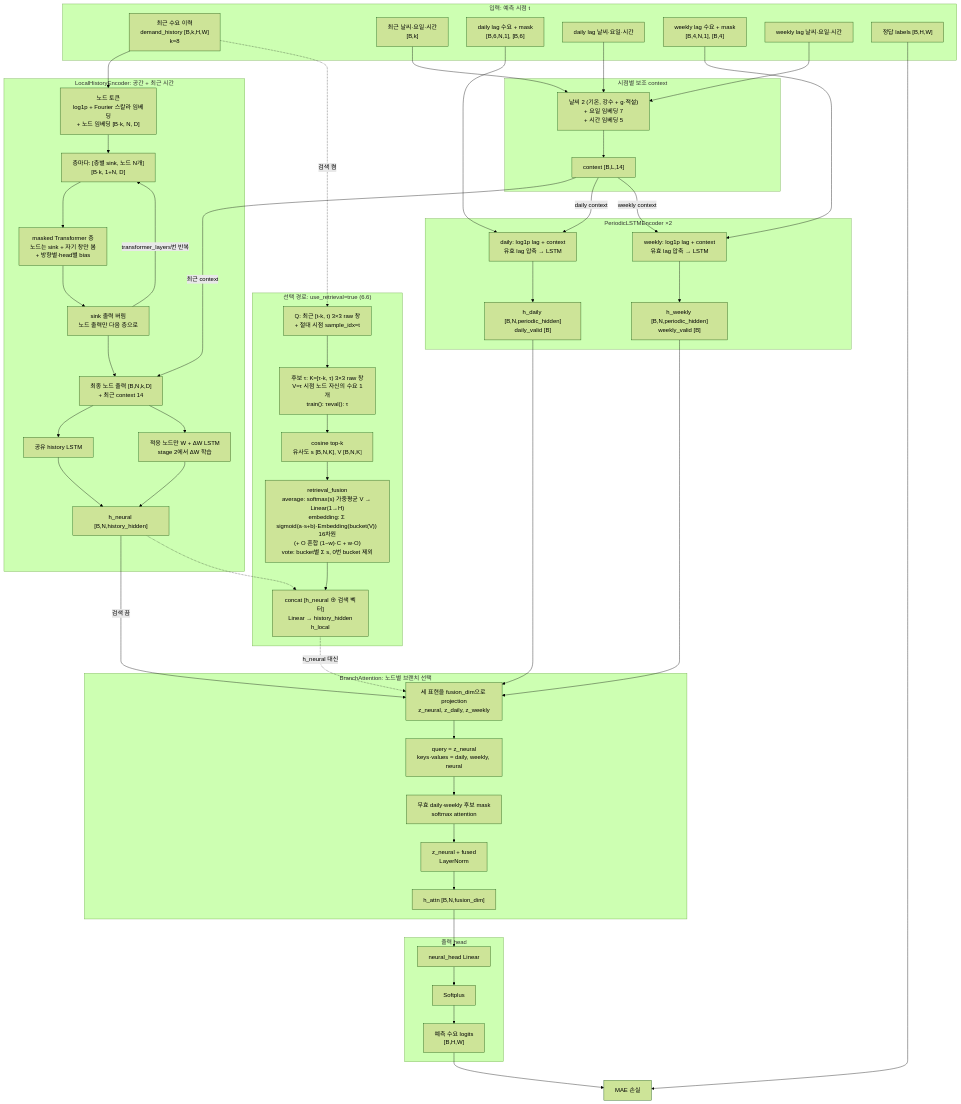
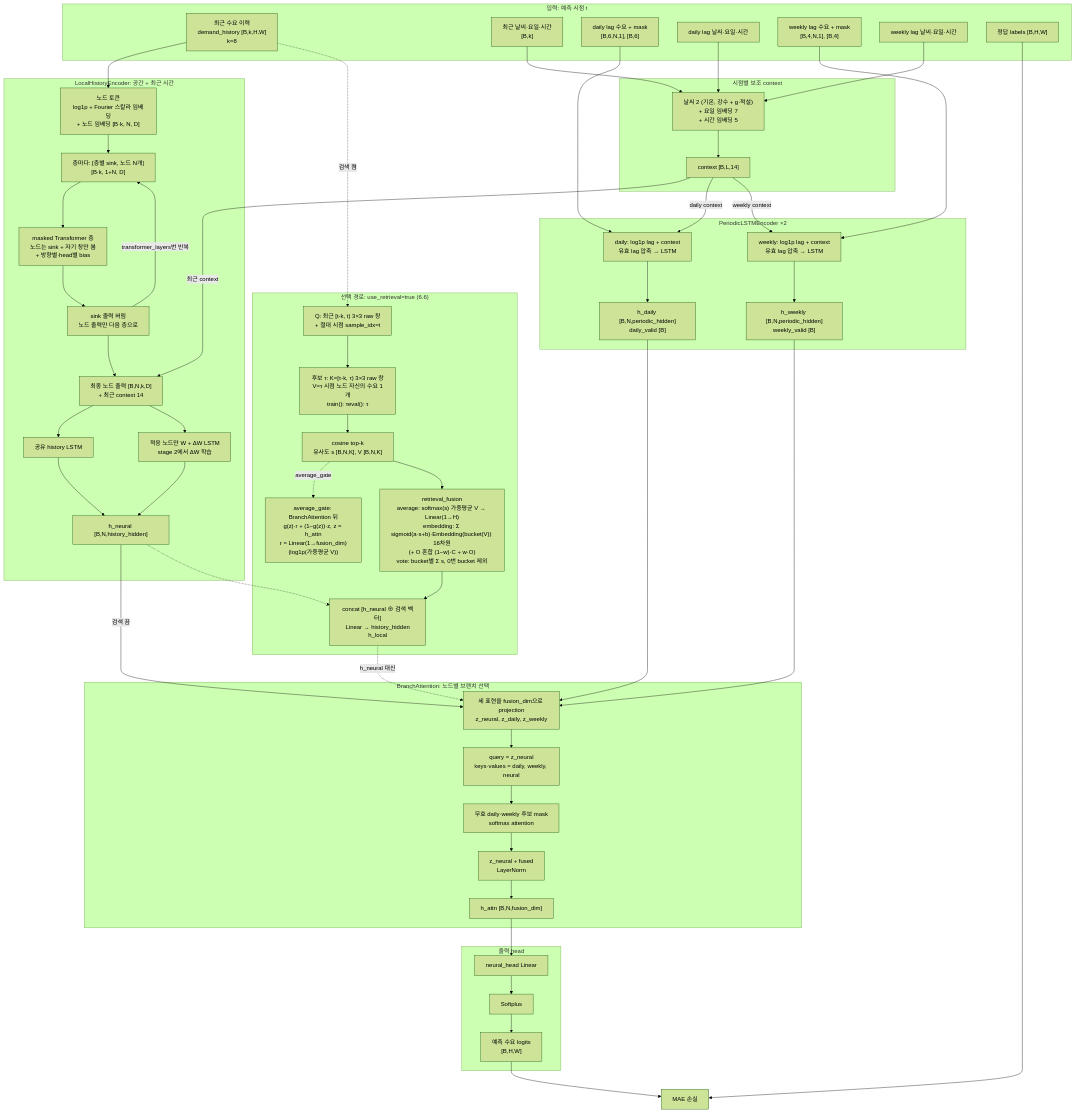
The diagram in docs/SPEC.md (dev-jake-kim/demandprediction), drawn with Mermaid (forest theme) before and after one commit. The commit also changed other lines of this file and 7 other files, not shown here.

Commit message:
Retrieval: average_gate fusion after branch attention (g(z)*r + (1-g(z))*z) and Gaussian center-weighted cosine (retrieval_spatial_sigma)

```diff
--- a/docs/SPEC.md
+++ b/docs/SPEC.md
@@ -111,6 +111,8 @@
         R3["cosine top-k<br/>유사도 s [B,N,K], V [B,N,K]"]
         R4["retrieval_fusion<br/>average: softmax(s) 가중평균 V → Linear(1→H)<br/>embedding: Σ sigmoid(a·s+b)·Embedding(bucket(V)) 16차원<br/>(+ O 혼합 (1−w)·C + w·O)<br/>vote: bucket별 Σ s, 0번 bucket 제외"]
         R5["concat [h_neural ⊕ 검색 벡터]<br/>Linear → history_hidden<br/>h_local"]
+        R6["average_gate: BranchAttention 뒤<br/>g(z)·r + (1−g(z))·z, z = h_attn<br/>r = Linear(1→fusion_dim)(log1p(가중평균 V))"]
+        R3 -.->|"average_gate"| R6
         R1 --> R2 --> R3 --> R4 --> R5
     end
 
```
